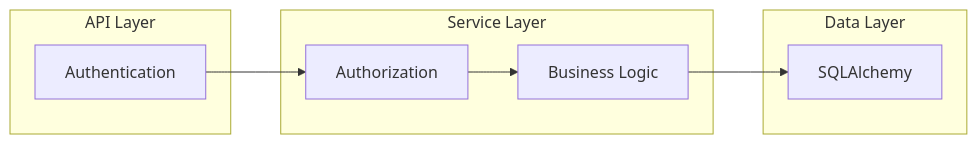
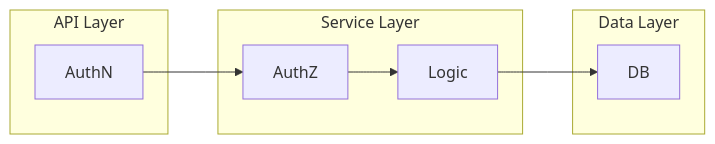
The diagram in docs/docs/integration_guide/3_code_architecture_design.md (DigonIO/pypermission), drawn with Mermaid before and after one commit. The commit also changed other lines of this file and 9 other files, not shown here.

````diff
--- a/docs/docs/integration_guide/3_code_architecture_design.md
+++ b/docs/docs/integration_guide/3_code_architecture_design.md
@@ -9,20 +15,18 @@
 ```mermaid
 flowchart LR
 
     subgraph API["API Layer"]
-        AuthN["Authentication"]
+        AuthN["AuthN"]
     end
 
     subgraph Service["Service Layer"]
-        AuthZ["Authorization"]
-        Logic["Business Logic"]
+        AuthZ["AuthZ"]
+        Logic["Logic"]
     end
 
     subgraph Data["Data Layer"]
-        DataAccess["SQLAlchemy"]
+        DataAccess["DB"]
     end
 
     AuthN --> AuthZ --> Logic --> DataAccess
-
-
 ```
````
